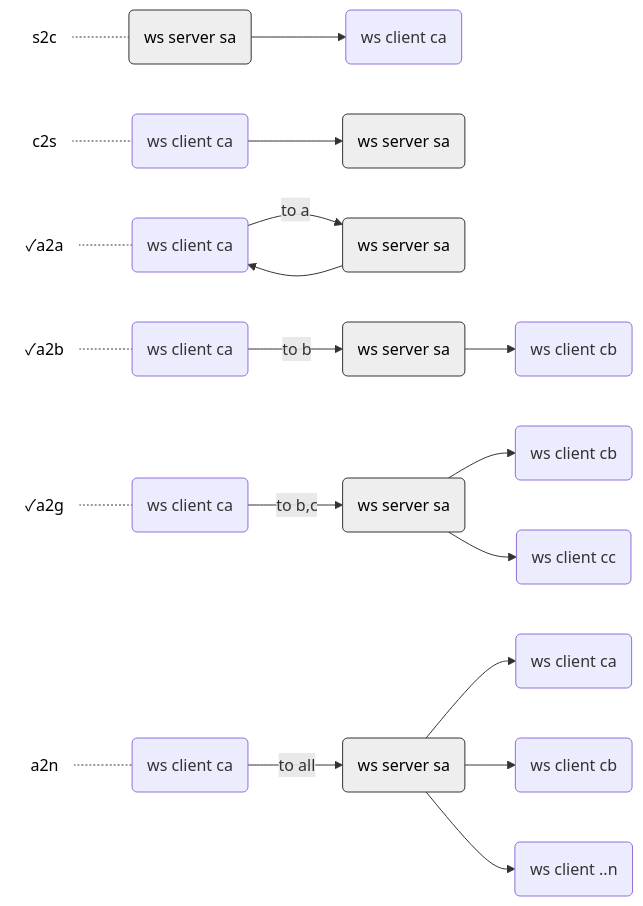
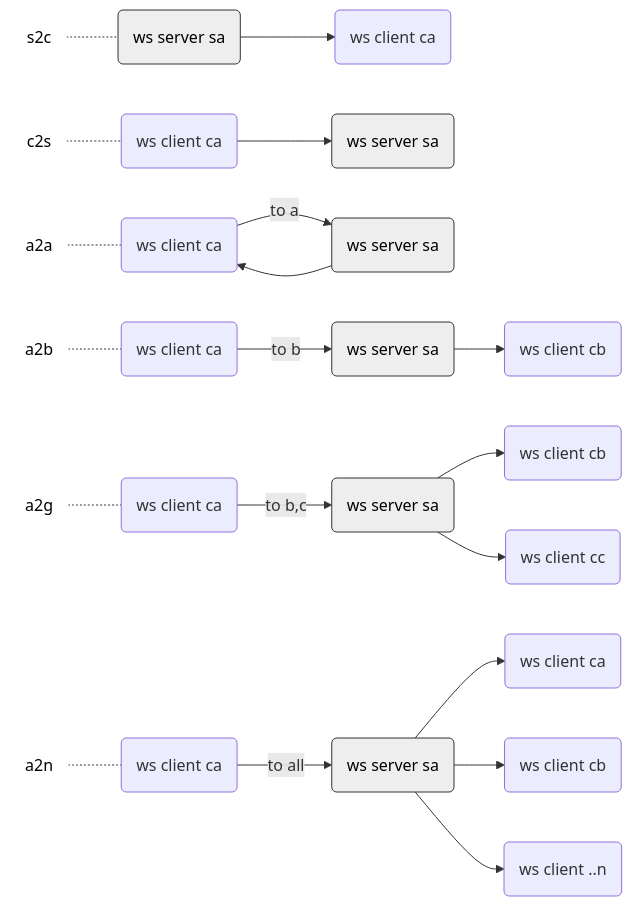
Before and after one commit to toshirot/w2w: the second of 7 diagrams in README.md, drawn with Mermaid. The commit also changed other lines of this file, not shown here.

````diff
--- a/README.md
+++ b/README.md
@@ -121,62 +120,62 @@
 ```mermaid
 flowchart LR
 
     %%single_type1
         text_s2c("s2c"):::class_text_min
         single_type1c(ws client ca) 
         single_type1s(ws server sa):::class_server
             text_s2c -.- single_type1s
             single_type1s --> single_type1c 
 
     %%single_type2
         text_c2s(c2s):::class_text_min
         single_type2c(ws client ca) 
         single_type2s(ws server sa):::class_server
             text_c2s -.- single_type2c
             single_type2c --> single_type2s
 
     %%single_type3
-        text_a2a("✓a2a"):::class_text_min
+        text_a2a("a2a"):::class_text_min
         single_type3c(ws client ca) 
         single_type3s(ws server sa):::class_server
             text_a2a -.- single_type3c
             single_type3c --> |to a| single_type3s --> single_type3c
 
     %%single_type4
-        text_a2b("✓a2b"):::class_text_min
+        text_a2b("a2b"):::class_text_min
         single_type4c1(ws client ca) 
         single_type4s1(ws server sa):::class_server 
         single_type4c2(ws client cb)
             text_a2b -.- single_type4c1
             single_type4c1 -->  |to b| single_type4s1 --> single_type4c2
 
     %%single_type6
-        text_a2g("✓a2g"):::class_text_min
+        text_a2g("a2g"):::class_text_min
         single_type6c1(ws client ca) 
         single_type6s1(ws server sa):::class_server 
         single_type6c3(ws client cb) 
         single_type6c4(ws client cc) 
             text_a2g -.- single_type6c1
             single_type6c1 --> |to b,c| single_type6s1 
                         single_type6s1 --> single_type6c3
                         single_type6s1 --> single_type6c4
                         
     %%single_type5
         text_a2n(a2n):::class_text_min
         single_type5c1(ws client ca) 
         single_type5s1(ws server sa):::class_server 
         single_type5c2(ws client ca) 
         single_type5c3(ws client cb) 
         single_type5c4(ws client ..n) 
             text_a2n -.- single_type5c1
             single_type5c1 --> |to all| single_type5s1 -->single_type5c2
                         single_type5s1 --> single_type5c3
                         single_type5s1 --> single_type5c4
 
 
 
 
 classDef class_server fill:#eee,color:#000,stroke:#333
 classDef class_text fill:#fff,color:#000,stroke:#fff,margin:0
 classDef class_text_min fill:#fff,color:#000,stroke:#fff,margin:0
 ```
````
